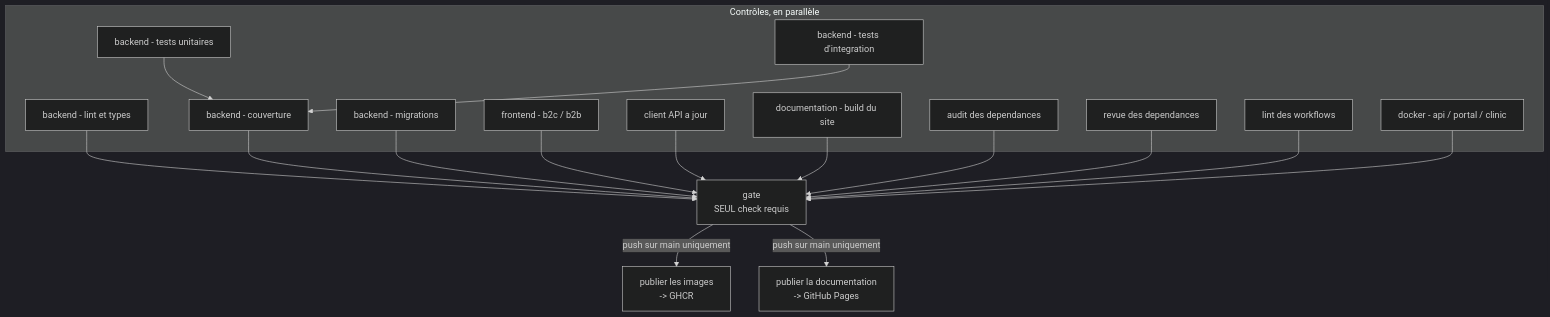
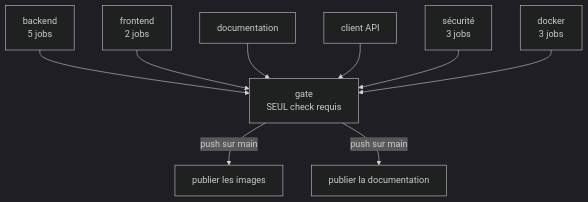
One commit to kederiku/VetLib changed the diagram in documentation/docs/exploitation/pipeline-ci.md. Above: the diagram before and after it, drawn with Mermaid (dark theme). The commit also changed other lines of this file and 1 other file, not shown here.

First paragraph of the commit message:
fix(docs): corriger deux diagrammes que mon passage en TD avait élargis (#21)
## Ce qui s'est passé

````diff
--- a/documentation/docs/exploitation/pipeline-ci.md
+++ b/documentation/docs/exploitation/pipeline-ci.md
@@ -15,34 +15,20 @@
 ```mermaid
 flowchart TD
-  subgraph Controles["Contrôles, en parallèle"]
-    A["backend - lint et types"]
-    B["backend - tests unitaires"]
-    C["backend - tests d'integration"]
-    D["backend - couverture"]
-    E["backend - migrations"]
-    F["frontend - b2c / b2b"]
-    G["client API a jour"]
-    H["documentation - build du site"]
-    I["audit des dependances"]
-    J["revue des dependances"]
-    K["lint des workflows"]
-    L["docker - api / portal / clinic"]
-  end
+  BE["backend<br/>5 jobs"]
+  FE["frontend<br/>2 jobs"]
+  DOC["documentation"]
+  API["client API"]
+  SEC["sécurité<br/>3 jobs"]
+  DCK["docker<br/>3 jobs"]
 
-  B --> D
-  C --> D
+  BE --> GATE
+  FE --> GATE
+  DOC --> GATE
+  API --> GATE
+  SEC --> GATE
+  DCK --> GATE
 
-  A --> GATE["gate<br/>SEUL check requis"]
-  D --> GATE
-  E --> GATE
-  F --> GATE
-  G --> GATE
-  H --> GATE
-  I --> GATE
-  J --> GATE
-  K --> GATE
-  L --> GATE
-
-  GATE -->|"push sur main uniquement"| PUB["publier les images<br/>-> GHCR"]
-  GATE -->|"push sur main uniquement"| DOC["publier la documentation<br/>-> GitHub Pages"]
+  GATE["gate<br/>SEUL check requis"]
+  GATE -->|"push sur main"| IMG["publier les images"]
+  GATE -->|"push sur main"| PAGES["publier la documentation"]
 ```
````
